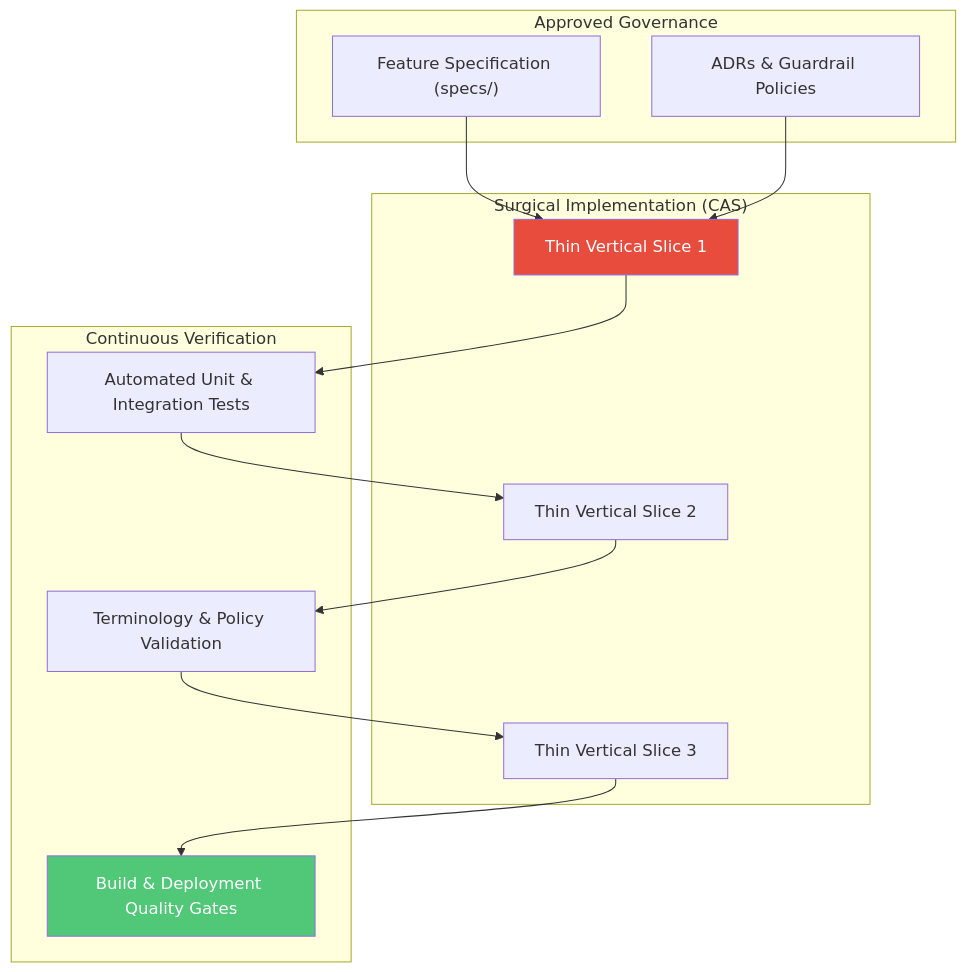
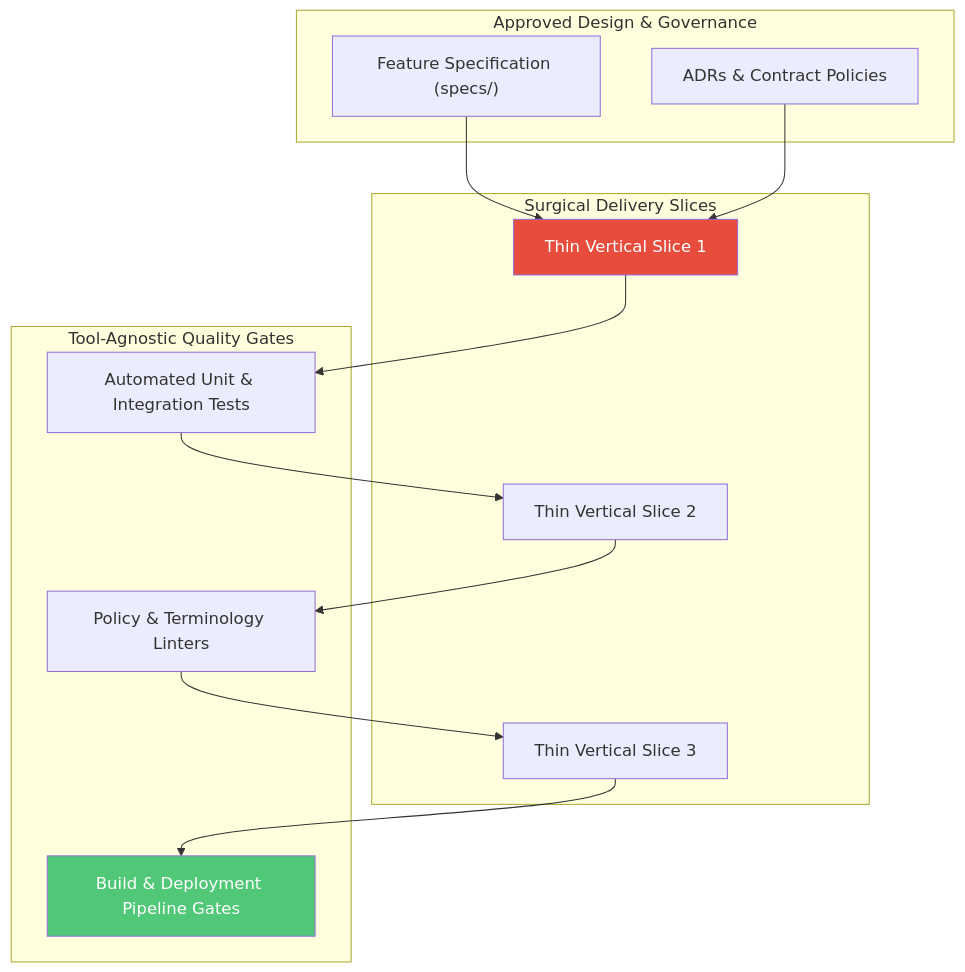
One commit to avfranco-br/portfolio changed the first of 2 diagrams in docs/sop/04-operationalise-orchestrate.md. Above: the diagram before and after it, drawn with Mermaid. The commit also changed other lines of this file and 8 other files, not shown here.

Commit message:
refactor(sop): make SOP technology-agnostic, add Current/Desired state to Stage 01, and decouple Stage 04 from CAS

````diff
--- a/docs/sop/04-operationalise-orchestrate.md
+++ b/docs/sop/04-operationalise-orchestrate.md
@@ -20,28 +20,28 @@
 ```mermaid
 graph TD
-    subgraph "Approved Governance"
+    subgraph "Approved Design & Governance"
         S1["Feature Specification (specs/)"]
-        S2["ADRs & Guardrail Policies"]
+        S2["ADRs & Contract Policies"]
     end
 
-    subgraph "Surgical Implementation (CAS)"
+    subgraph "Surgical Delivery Slices"
         C1["Thin Vertical Slice 1"]
         C2["Thin Vertical Slice 2"]
         C3["Thin Vertical Slice 3"]
     end
 
-    subgraph "Continuous Verification"
+    subgraph "Tool-Agnostic Quality Gates"
         V1["Automated Unit & Integration Tests"]
-        V2["Terminology & Policy Validation"]
-        V3["Build & Deployment Quality Gates"]
+        V2["Policy & Terminology Linters"]
+        V3["Build & Deployment Pipeline Gates"]
     end
 
     S1 --> C1
     S2 --> C1
     C1 --> V1 --> C2
     C2 --> V2 --> C3
     C3 --> V3
 
     style C1 fill:#E74C3C,color:#fff
     style V3 fill:#50C878,color:#fff
 ```
````
